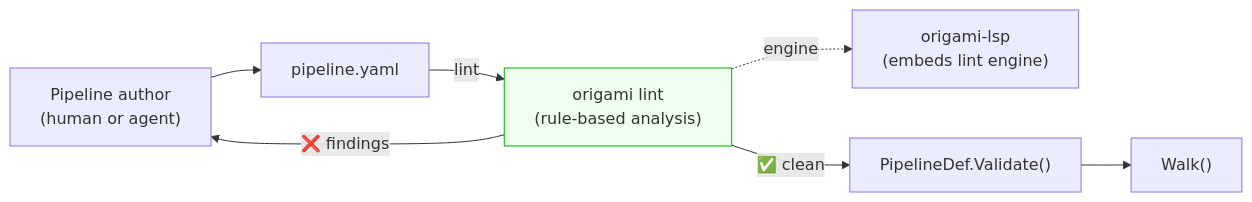
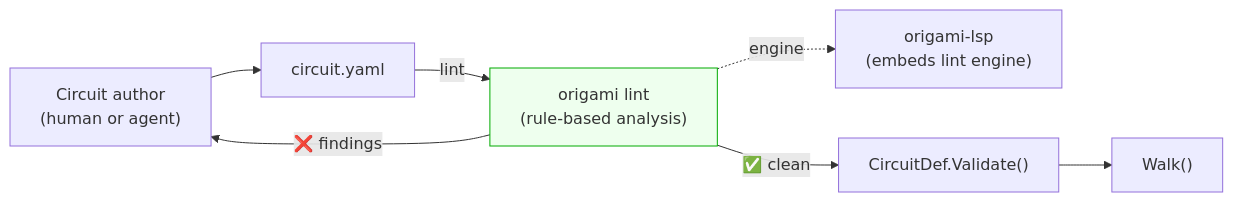
The second of 2 diagrams in .cursor/contracts/completed/framework/origami-lint.md (dpopsuev/origami), drawn with Mermaid before and after one commit. The commit also changed other lines of this file and 315 other files, not shown here.

````diff
--- a/.cursor/contracts/completed/framework/origami-lint.md
+++ b/.cursor/contracts/completed/framework/origami-lint.md
@@ -45,19 +45,19 @@
 ```mermaid
 flowchart LR
-    Author["Pipeline author\n(human or agent)"]
-    YAML["pipeline.yaml"]
+    Author["Circuit author\n(human or agent)"]
+    YAML["circuit.yaml"]
     Lint["origami lint\n(rule-based analysis)"]
     LSP["origami-lsp\n(embeds lint engine)"]
-    Validate["PipelineDef.Validate()"]
+    Validate["CircuitDef.Validate()"]
     Walk["Walk()"]
 
     Author --> YAML
     YAML -->|"lint"| Lint
     Lint -->|"✅ clean"| Validate
     Validate --> Walk
 
     Lint -->|"❌ findings"| Author
     Lint -.->|"engine"| LSP
 
     style Lint fill:#efe,stroke:#0a0
 ```
````
